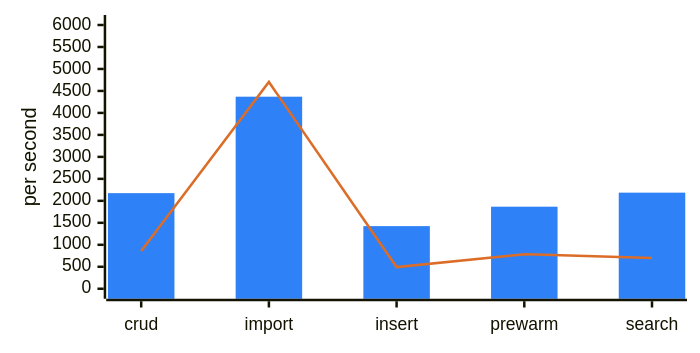
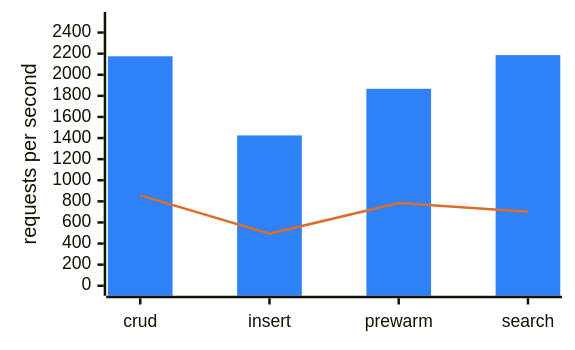
Before and after one commit to HeliosSoftware/hfs: the second of 4 diagrams in .github/tmp-summary-test/sidebyside/leg-postgres.md, drawn with Mermaid. The commit also changed other lines of this file and 16 other files, not shown here.

Commit message:
ci: Bulk Import row, shorter labels, per-leg charts side by side

````diff
--- a/.github/tmp-summary-test/sidebyside/leg-postgres.md
+++ b/.github/tmp-summary-test/sidebyside/leg-postgres.md
@@ -135,8 +140,8 @@
 ```mermaid
-%%{init: {"xyChart": {"width": 540, "height": 260, "useMaxWidth": false}, "themeVariables": {"xyChart": {"plotColorPalette": "#2f81f7, #db6d28", "backgroundColor": "transparent"}}}}%%
+%%{init: {"xyChart": {"width": 440, "height": 260, "useMaxWidth": false}, "themeVariables": {"xyChart": {"plotColorPalette": "#2f81f7, #db6d28", "backgroundColor": "transparent"}}}}%%
 xychart-beta
-    x-axis ["crud", "import", "insert", "prewarm", "search"]
-    y-axis "per second" 0 --> 6000
-    bar [2175, 4369, 1425, 1867, 2186]
-    line [856.84, 4704.64, 493.41, 784.59, 701.8]
+    x-axis ["crud", "insert", "prewarm", "search"]
+    y-axis "requests per second" 0 --> 2500
+    bar [2175, 1425, 1867, 2186]
+    line [856.84, 493.41, 784.59, 701.8]
 ```
````
